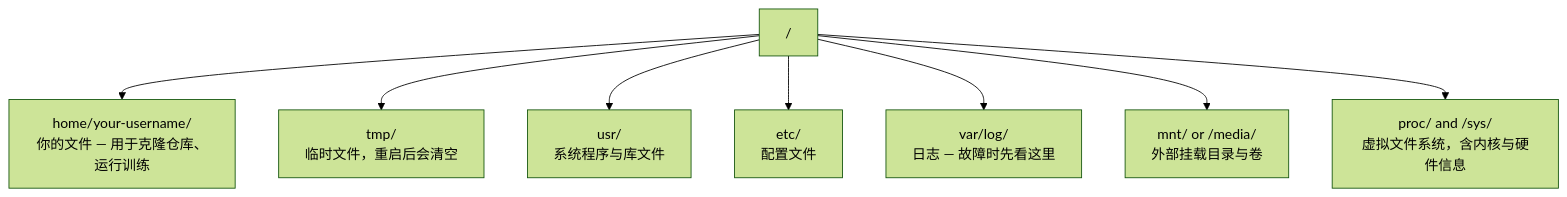
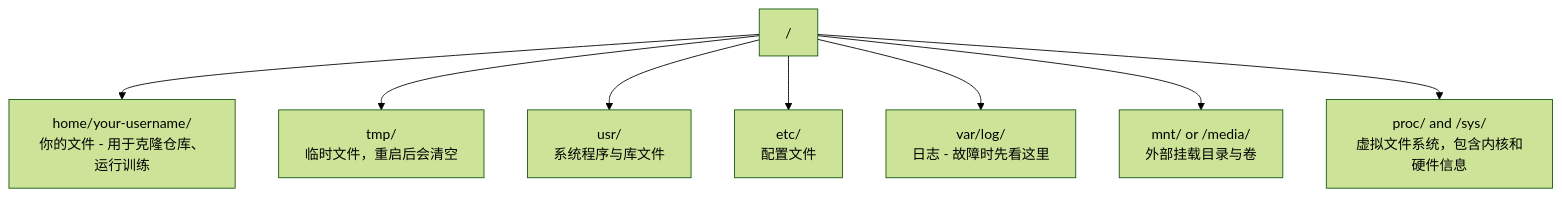
The diagram in phases/00-setup-and-tooling/11-linux-for-ai/docs/zh.md (omigaZen/ai-engineering-from-scratch), drawn with Mermaid (forest theme) before and after one commit. The commit also changed other lines of this file, not shown here.

````diff
--- a/phases/00-setup-and-tooling/11-linux-for-ai/docs/zh.md
+++ b/phases/00-setup-and-tooling/11-linux-for-ai/docs/zh.md
@@ -27,10 +27,10 @@
 ```mermaid
 graph TD
-    root["/"] --> home["home/your-username/<br/>你的文件 — 用于克隆仓库、运行训练"]
+    root["/"] --> home["home/your-username/<br/>你的文件 - 用于克隆仓库、运行训练"]
     root --> tmp["tmp/<br/>临时文件，重启后会清空"]
     root --> usr["usr/<br/>系统程序与库文件"]
     root --> etc["etc/<br/>配置文件"]
-    root --> varlog["var/log/<br/>日志 — 故障时先看这里"]
+    root --> varlog["var/log/<br/>日志 - 故障时先看这里"]
     root --> mnt["mnt/ or /media/<br/>外部挂载目录与卷"]
-    root --> proc["proc/ and /sys/<br/>虚拟文件系统，含内核与硬件信息"]
+    root --> proc["proc/ and /sys/<br/>虚拟文件系统，包含内核和硬件信息"]
 ```
````
